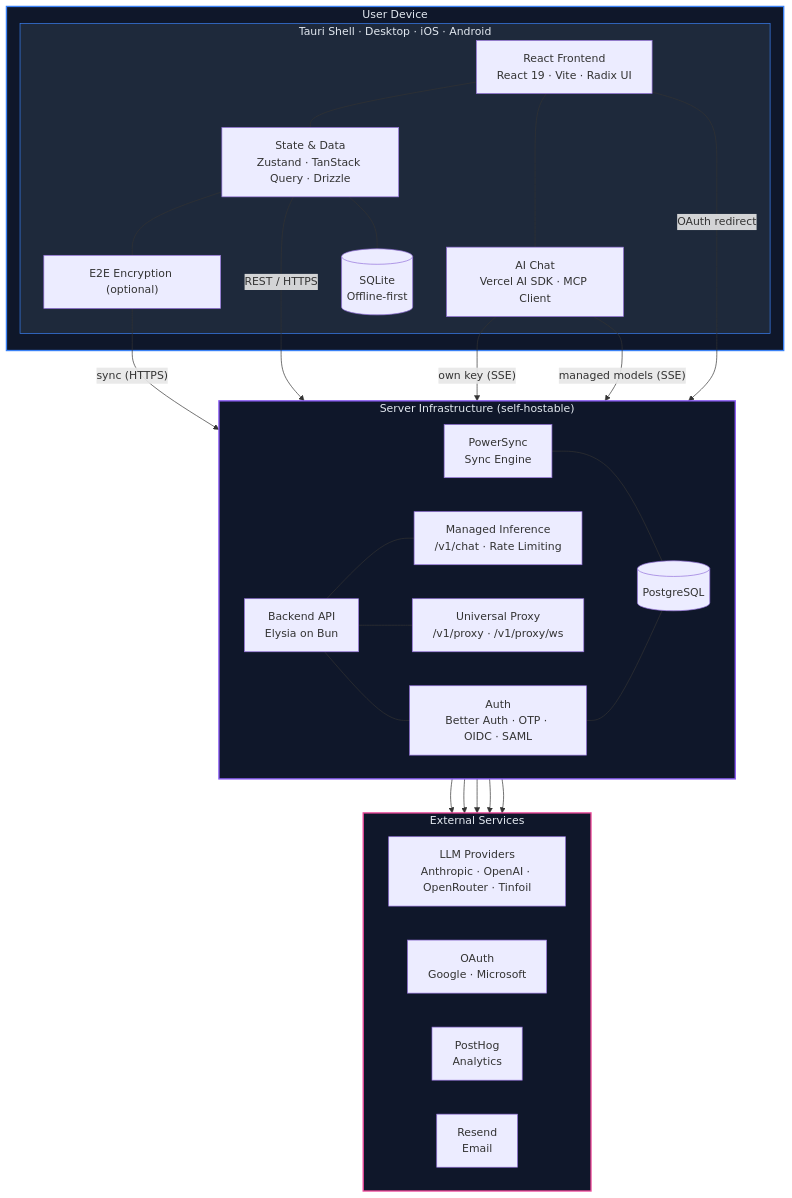
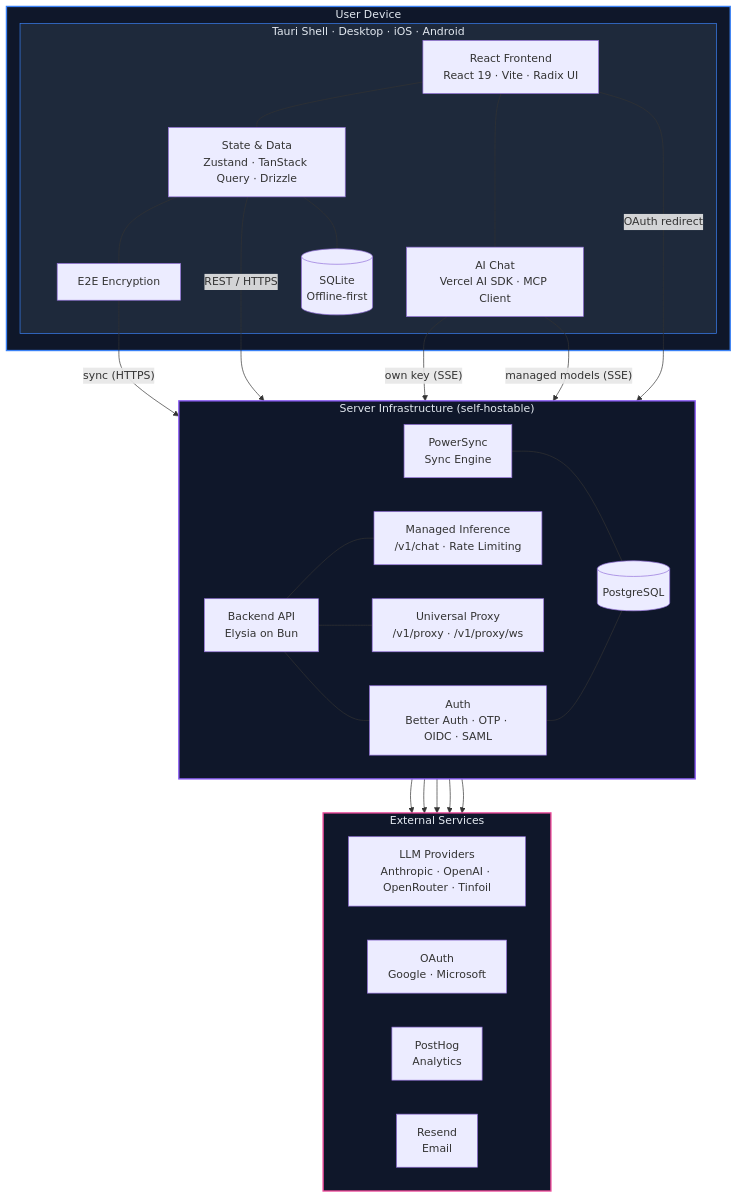
The diagram in docs/internals/architecture/README.md (thunderbird/thunderbolt), drawn with Mermaid before and after one commit. The commit also changed other lines of this file and 23 other files, not shown here.

````diff
--- a/docs/internals/architecture/README.md
+++ b/docs/internals/architecture/README.md
@@ -15,58 +15,58 @@
 ```mermaid
 graph TB
   subgraph LOCAL["User Device"]
     subgraph TAURI["Tauri Shell · Desktop · iOS · Android"]
       UI["React Frontend<br/>React 19 · Vite · Radix UI"]
       STATE["State & Data<br/>Zustand · TanStack Query · Drizzle"]
       AI["AI Chat<br/>Vercel AI SDK · MCP Client"]
-      CRYPTO["E2E Encryption (optional)"]
+      CRYPTO["E2E Encryption"]
       SQLITE[("SQLite<br/>Offline-first")]
 
       UI --- STATE
       UI --- AI
       STATE --- SQLITE
       STATE --- CRYPTO
     end
   end
 
   subgraph SERVER["Server Infrastructure (self-hostable)"]
     direction LR
     API["Backend API<br/>Elysia on Bun"]
     AUTH["Auth<br/>Better Auth · OTP · OIDC · SAML"]
     PROXY["Universal Proxy<br/>/v1/proxy · /v1/proxy/ws"]
     INFERENCE["Managed Inference<br/>/v1/chat · Rate Limiting"]
     PS["PowerSync<br/>Sync Engine"]
     PG[("PostgreSQL")]
 
     API --- AUTH
     API --- INFERENCE
     API --- PROXY
     PS --- PG
     AUTH --- PG
   end
 
   subgraph EXTERNAL["External Services"]
     direction LR
     LLM["LLM Providers<br/>Anthropic · OpenAI · OpenRouter · Tinfoil"]
     OAUTH["OAuth<br/>Google · Microsoft"]
     POSTHOG["PostHog<br/>Analytics"]
     RESEND["Resend<br/>Email"]
   end
 
   CRYPTO -- "sync (HTTPS)" --> PS
   STATE -- "REST / HTTPS" --> API
   AI -- "own key (SSE)" --> PROXY
   AI -- "managed models (SSE)" --> INFERENCE
   UI -- "OAuth redirect" --> AUTH
 
   PROXY --> LLM
   INFERENCE --> LLM
   AUTH --> OAUTH
   API --> POSTHOG
   API --> RESEND
 
   style LOCAL fill:#0f172a,stroke:#3b82f6,stroke-width:2px,color:#e2e8f0
   style TAURI fill:#1e293b,stroke:#3b82f6,stroke-width:1px,color:#e2e8f0
   style SERVER fill:#0f172a,stroke:#8b5cf6,stroke-width:2px,color:#e2e8f0
   style EXTERNAL fill:#0f172a,stroke:#ec4899,stroke-width:2px,color:#e2e8f0
 ```
````
